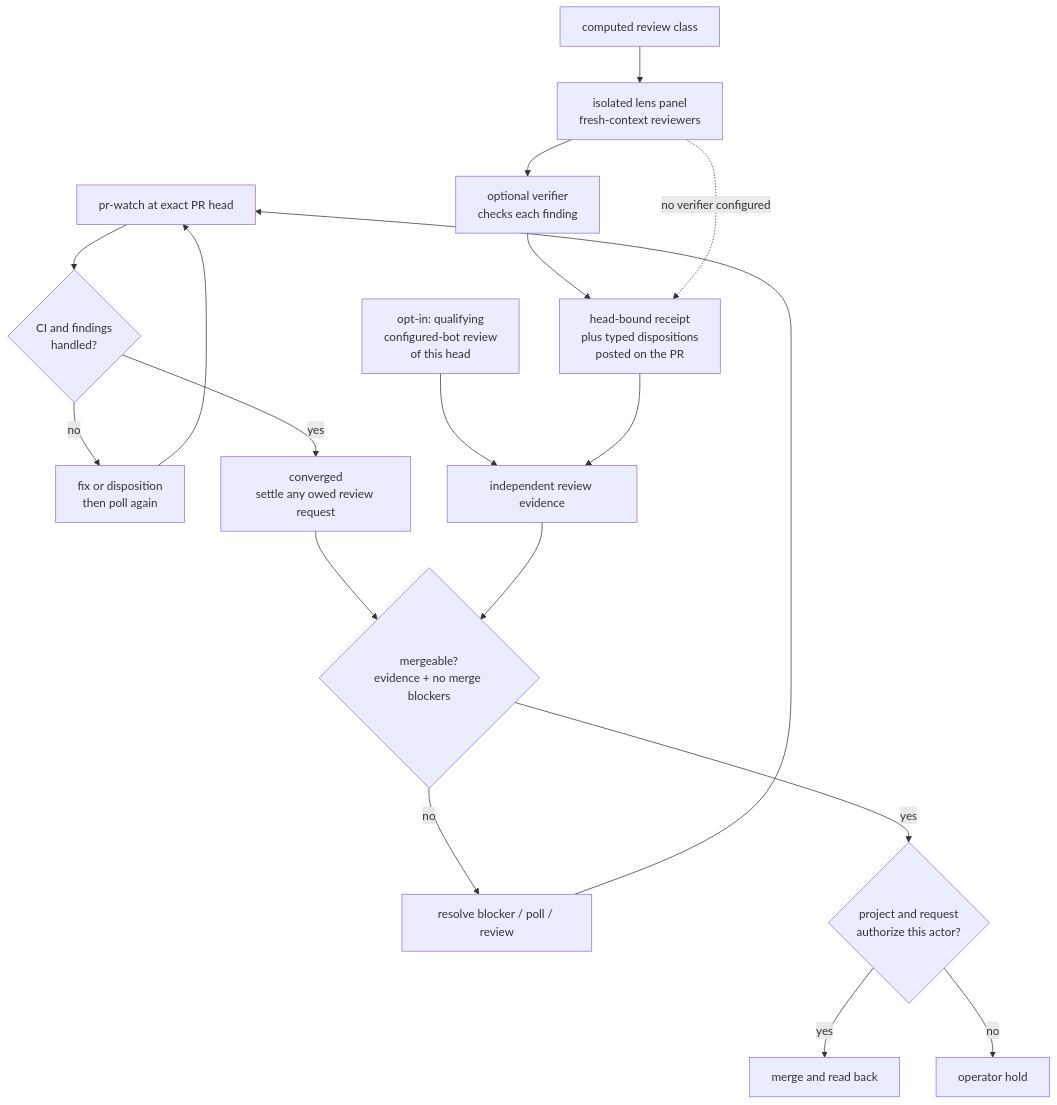
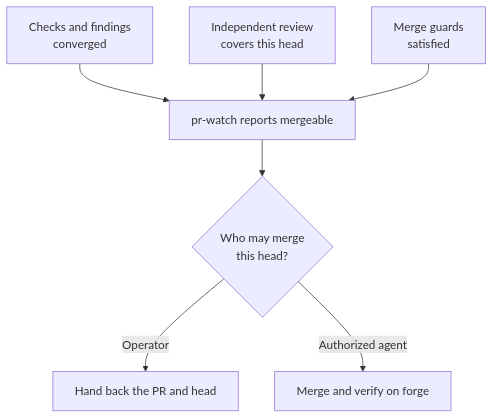
The third of 6 diagrams in docs/architecture.md (topij/agentic-dev-kit), drawn with Mermaid before and after one commit. The commit also changed other lines of this file and 12 other files, not shown here.

````diff
--- a/docs/architecture.md
+++ b/docs/architecture.md
@@ -136,20 +81,11 @@
 ```mermaid
-flowchart TB
-    Poll["pr-watch at exact PR head"] --> Loop{"CI and findings<br/>handled?"}
-    Loop -->|no| Repair["fix or disposition<br/>then poll again"]
-    Repair --> Poll
-    Loop -->|yes| Converged["converged<br/>settle any owed review request"]
-    Bot["opt-in: qualifying<br/>configured-bot review<br/>of this head"] --> Evidence["independent review evidence"]
-    Class["computed review class"] --> Lenses["isolated lens panel<br/>fresh-context reviewers"]
-    Lenses --> Verifier["optional verifier<br/>checks each finding"]
-    Verifier --> Receipt["head-bound receipt<br/>plus typed dispositions<br/>posted on the PR"]
-    Lenses -.->|no verifier configured| Receipt
-    Receipt --> Evidence
-    Converged --> Gate{"mergeable?<br/>evidence + no merge blockers"}
-    Evidence --> Gate
-    Gate -->|no| Block["resolve blocker / poll / review"]
-    Block --> Poll
-    Gate -->|yes| Authority{"project and request<br/>authorize this actor?"}
-    Authority -->|yes| Merge["merge and read back"]
-    Authority -->|no| Hold["operator hold"]
+flowchart TD
+    accTitle: What a merge decision depends on
+    accDescr: Convergence, independent review evidence for the PR head and settled merge guards feed the mergeable result. The actor still needs project and request authority to merge.
+    Converged["Checks and findings<br/>converged"] --> Gate["pr-watch reports mergeable"]
+    Evidence["Independent review<br/>covers this head"] --> Gate
+    Guards["Merge guards<br/>satisfied"] --> Gate
+    Gate --> Decision{"Who may merge<br/>this head?"}
+    Decision -->|Operator| Hold["Hand back the PR and head"]
+    Decision -->|Authorized agent| Merge["Merge and verify on forge"]
 ```
````
